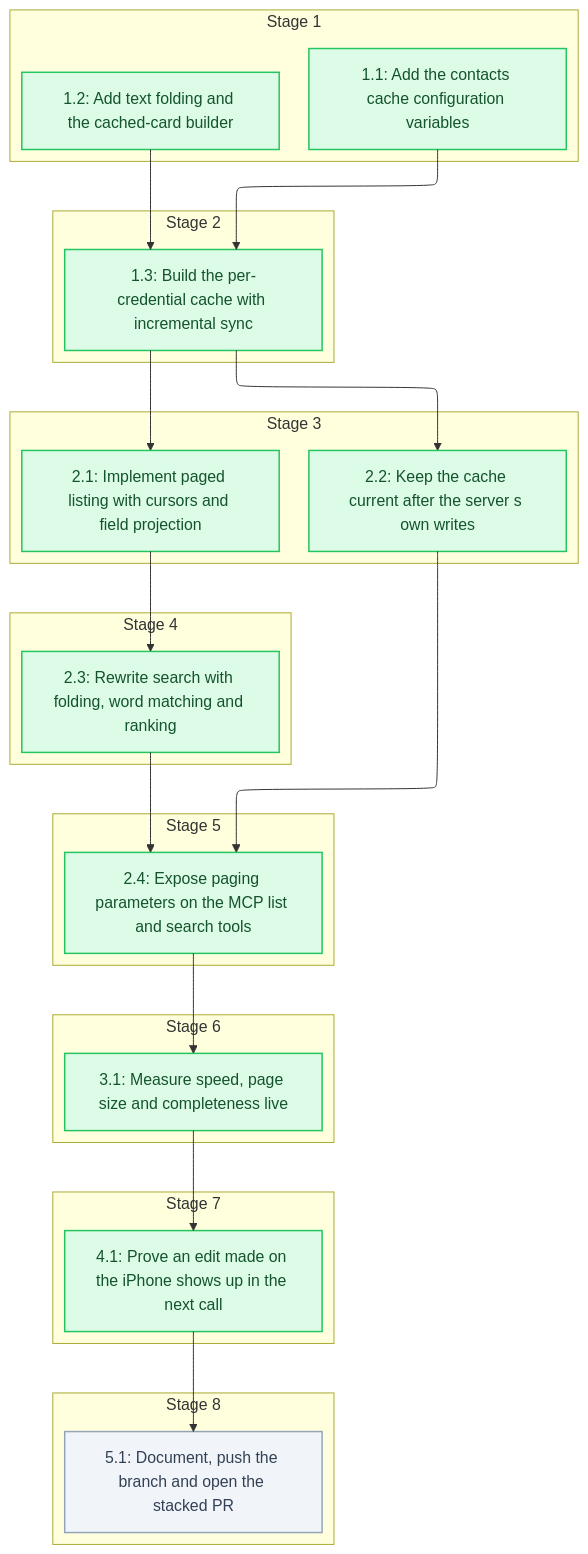
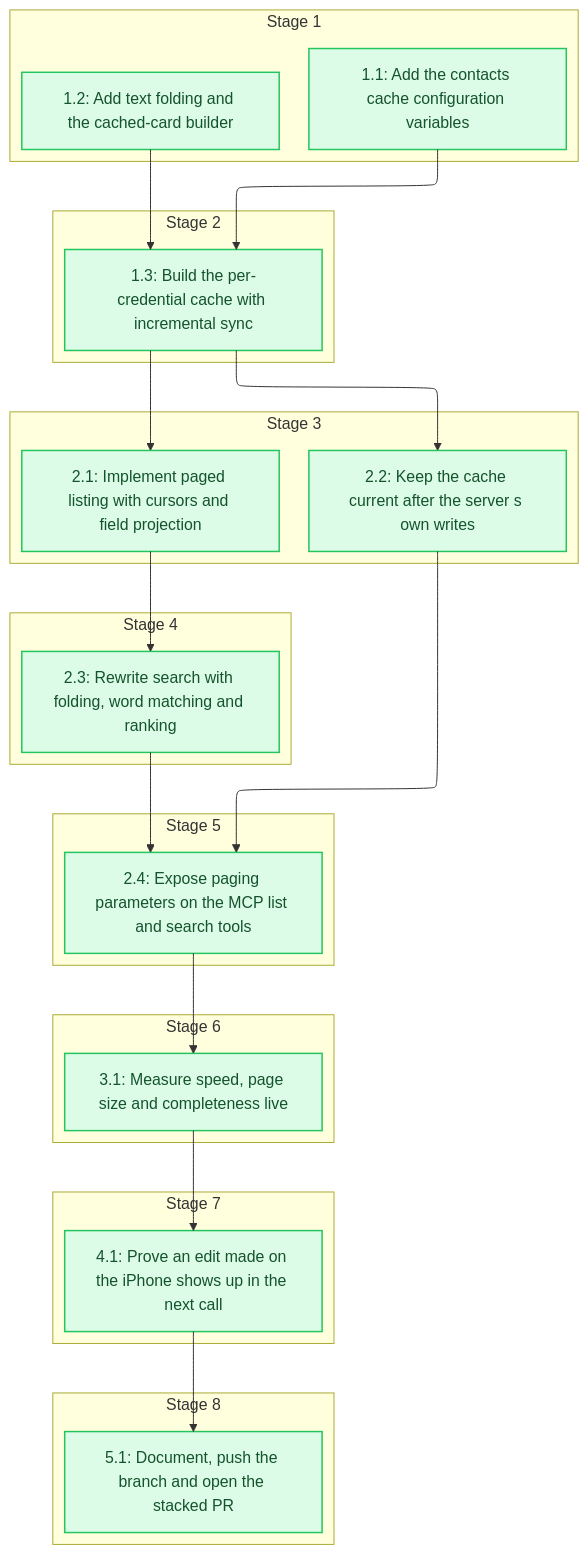
Before and after one commit to sohampatwardhan/icloud-mcp: the diagram in .specs/contacts-list-search-scale/04_tasks.md, drawn with Mermaid. The commit also changed other lines of this file and 5 other files, not shown here.

````diff
--- a/.specs/contacts-list-search-scale/04_tasks.md
+++ b/.specs/contacts-list-search-scale/04_tasks.md
@@ -9,52 +9,51 @@
 ```mermaid
 %%{init: {'flowchart': {'defaultRenderer': 'elk'}}}%%
 flowchart TD
   classDef done fill:#dcfce7,stroke:#22c55e,stroke-width:1.5px,color:#14532d
-  classDef pending fill:#f1f5f9,stroke:#94a3b8,stroke-width:1.5px,color:#334155
   subgraph n_stage_1["Stage 1"]
     n_1_1@{ shape: rect, label: "1.1: Add the contacts cache configuration variables" }
     n_1_2@{ shape: rect, label: "1.2: Add text folding and the cached-card builder" }
   end
   subgraph n_stage_2["Stage 2"]
     n_1_3@{ shape: rect, label: "1.3: Build the per-credential cache with incremental sync" }
   end
   subgraph n_stage_3["Stage 3"]
     n_2_1@{ shape: rect, label: "2.1: Implement paged listing with cursors and field projection" }
     n_2_2@{ shape: rect, label: "2.2: Keep the cache current after the server s own writes" }
   end
   subgraph n_stage_4["Stage 4"]
     n_2_3@{ shape: rect, label: "2.3: Rewrite search with folding, word matching and ranking" }
   end
   subgraph n_stage_5["Stage 5"]
     n_2_4@{ shape: rect, label: "2.4: Expose paging parameters on the MCP list and search tools" }
   end
   subgraph n_stage_6["Stage 6"]
     n_3_1@{ shape: rect, label: "3.1: Measure speed, page size and completeness live" }
   end
   subgraph n_stage_7["Stage 7"]
     n_4_1@{ shape: rect, label: "4.1: Prove an edit made on the iPhone shows up in the next call" }
   end
   subgraph n_stage_8["Stage 8"]
     n_5_1@{ shape: rect, label: "5.1: Document, push the branch and open the stacked PR" }
   end
   n_1_1 --> n_1_3
   n_1_2 --> n_1_3
   n_1_3 --> n_2_1
   n_1_3 --> n_2_2
   n_2_1 --> n_2_3
   n_2_2 --> n_2_4
   n_2_3 --> n_2_4
   n_2_4 --> n_3_1
   n_3_1 --> n_4_1
   n_4_1 --> n_5_1
   class n_1_1 done
   class n_1_2 done
   class n_1_3 done
   class n_2_1 done
   class n_2_2 done
   class n_2_3 done
   class n_2_4 done
   class n_3_1 done
   class n_4_1 done
-  class n_5_1 pending
+  class n_5_1 done
 ```
````
